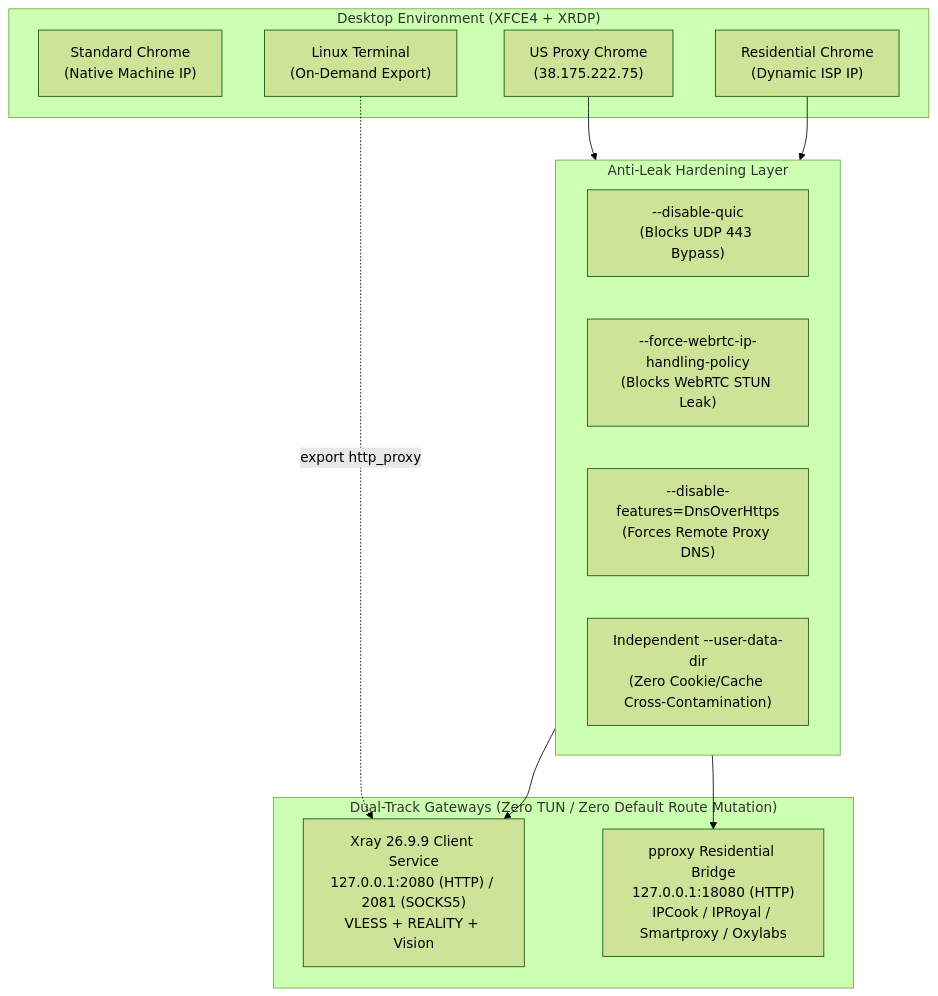
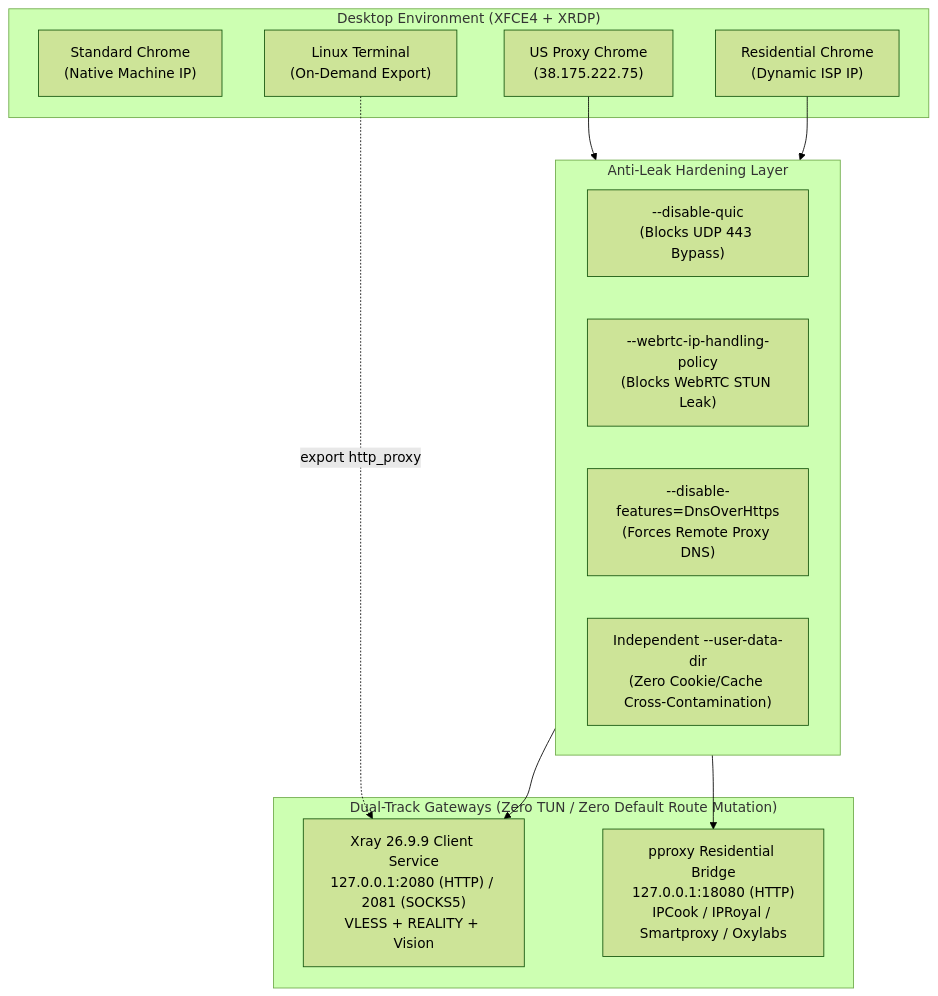
Before and after one commit to arifulcrypto/vps-chrome-proxy: the diagram in README.md, drawn with Mermaid (forest theme). The commit also changed 8 other files, not shown here.

Commit message:
fix(webrtc): correct chrome flag and enforce enterprise policy with iptables stun block

````diff
--- a/README.md
+++ b/README.md
@@ -18,25 +18,25 @@
 ```mermaid
 flowchart TD
     subgraph UI ["Desktop Environment (XFCE4 + XRDP)"]
         C1["Standard Chrome<br/>(Native Machine IP)"]
         C2["US Proxy Chrome<br/>(38.175.222.75)"]
         C3["Residential Chrome<br/>(Dynamic ISP IP)"]
         T["Linux Terminal<br/>(On-Demand Export)"]
     end
 
     subgraph Defense ["Anti-Leak Hardening Layer"]
         Q["--disable-quic<br/>(Blocks UDP 443 Bypass)"]
-        W["--force-webrtc-ip-handling-policy<br/>(Blocks WebRTC STUN Leak)"]
+        W["--webrtc-ip-handling-policy<br/>(Blocks WebRTC STUN Leak)"]
         D["--disable-features=DnsOverHttps<br/>(Forces Remote Proxy DNS)"]
         P["Independent --user-data-dir<br/>(Zero Cookie/Cache Cross-Contamination)"]
     end
 
     subgraph Gateways ["Dual-Track Gateways (Zero TUN / Zero Default Route Mutation)"]
         GW1["Xray 26.9.9 Client Service<br/>127.0.0.1:2080 (HTTP) / 2081 (SOCKS5)<br/>VLESS + REALITY + Vision"]
         GW2["pproxy Residential Bridge<br/>127.0.0.1:18080 (HTTP)<br/>IPCook / IPRoyal / Smartproxy / Oxylabs"]
     end
 
     C2 --> Defense --> GW1
     C3 --> Defense --> GW2
     T -.->|export http_proxy| GW1
 ```
````
